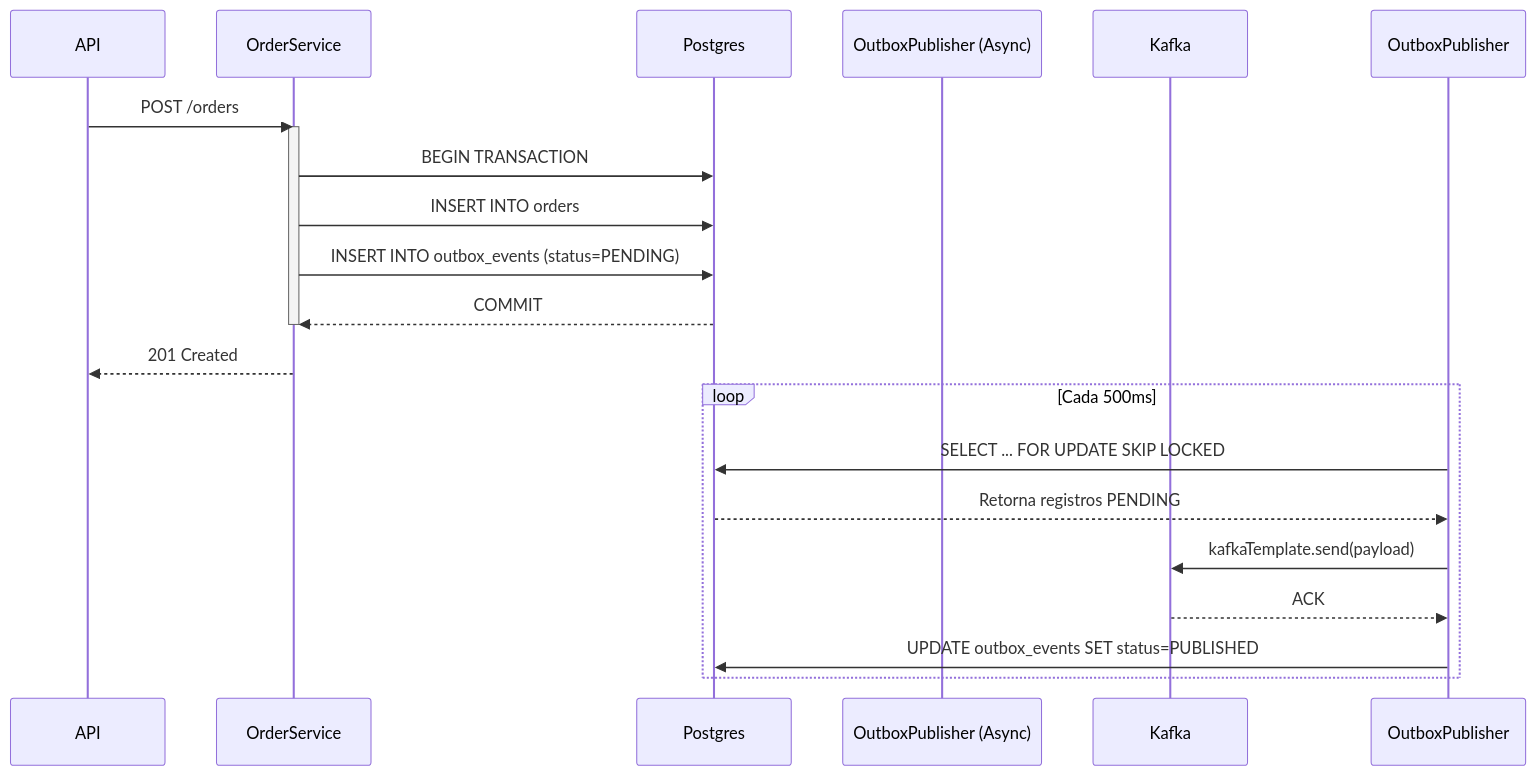
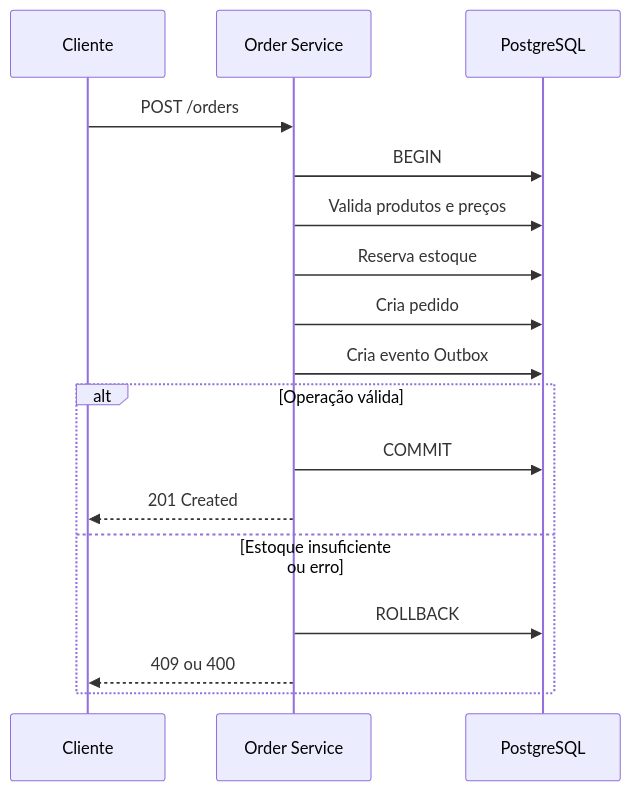
One commit to Matheuscrz/OrderFlow changed the second of 7 diagrams in ARCHITECTURE.md. Above: the diagram before and after it, drawn with Mermaid. The commit also changed other lines of this file and 2 other files, not shown here.

Commit message:
feat: Atualizar documentação da arquitetura e roadmap de implementação para refletir mudanças na estrutura e funcionalidades do OrderFlow

````diff
--- a/ARCHITECTURE.md
+++ b/ARCHITECTURE.md
@@ -73,25 +71,21 @@
 ```mermaid
 sequenceDiagram
-    participant API
-    participant OrderService
-    participant Postgres
-    participant OutboxPublisher (Async)
-    participant Kafka
+    participant Client as Cliente
+    participant API as Order Service
+    participant DB as PostgreSQL
 
-    API->>OrderService: POST /orders
-    activate OrderService
-    OrderService->>Postgres: BEGIN TRANSACTION
-    OrderService->>Postgres: INSERT INTO orders
-    OrderService->>Postgres: INSERT INTO outbox_events (status=PENDING)
-    Postgres-->>OrderService: COMMIT
-    deactivate OrderService
-    OrderService-->>API: 201 Created
+    Client->>API: POST /orders
+    API->>DB: BEGIN
+    API->>DB: Valida produtos e preços
+    API->>DB: Reserva estoque
+    API->>DB: Cria pedido
+    API->>DB: Cria evento Outbox
 
-    loop Cada 500ms
-        OutboxPublisher->>Postgres: SELECT ... FOR UPDATE SKIP LOCKED
-        Postgres-->>OutboxPublisher: Retorna registros PENDING
-        OutboxPublisher->>Kafka: kafkaTemplate.send(payload)
-        Kafka-->>OutboxPublisher: ACK
-        OutboxPublisher->>Postgres: UPDATE outbox_events SET status=PUBLISHED
+    alt Operação válida
+        API->>DB: COMMIT
+        API-->>Client: 201 Created
+    else Estoque insuficiente ou erro
+        API->>DB: ROLLBACK
+        API-->>Client: 409 ou 400
     end
 ```
````
